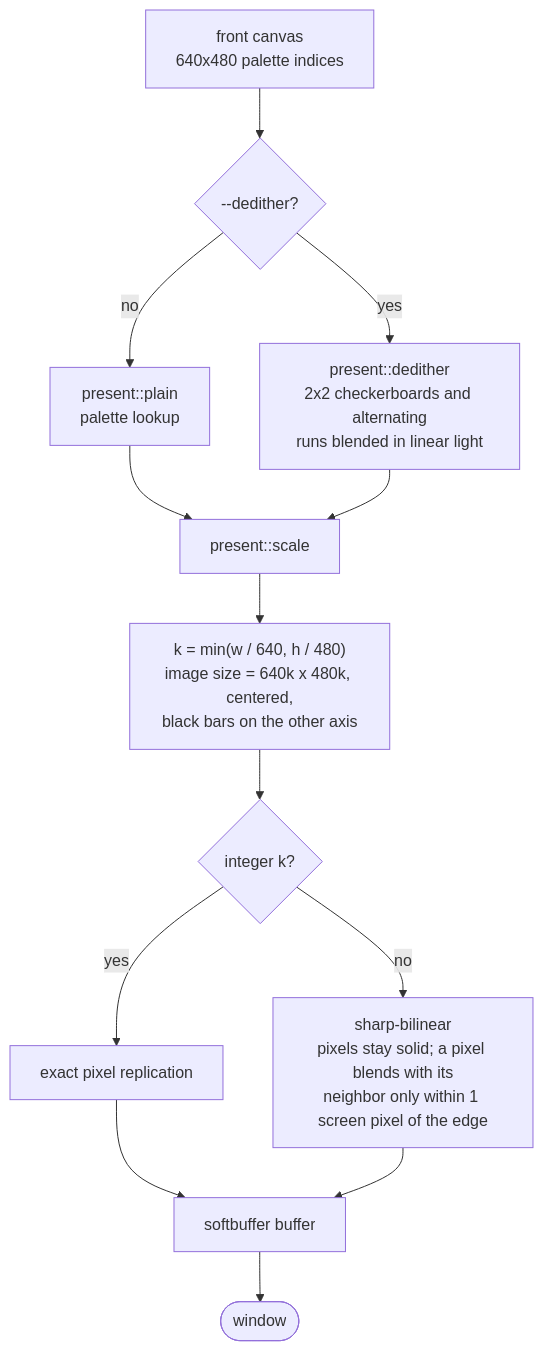
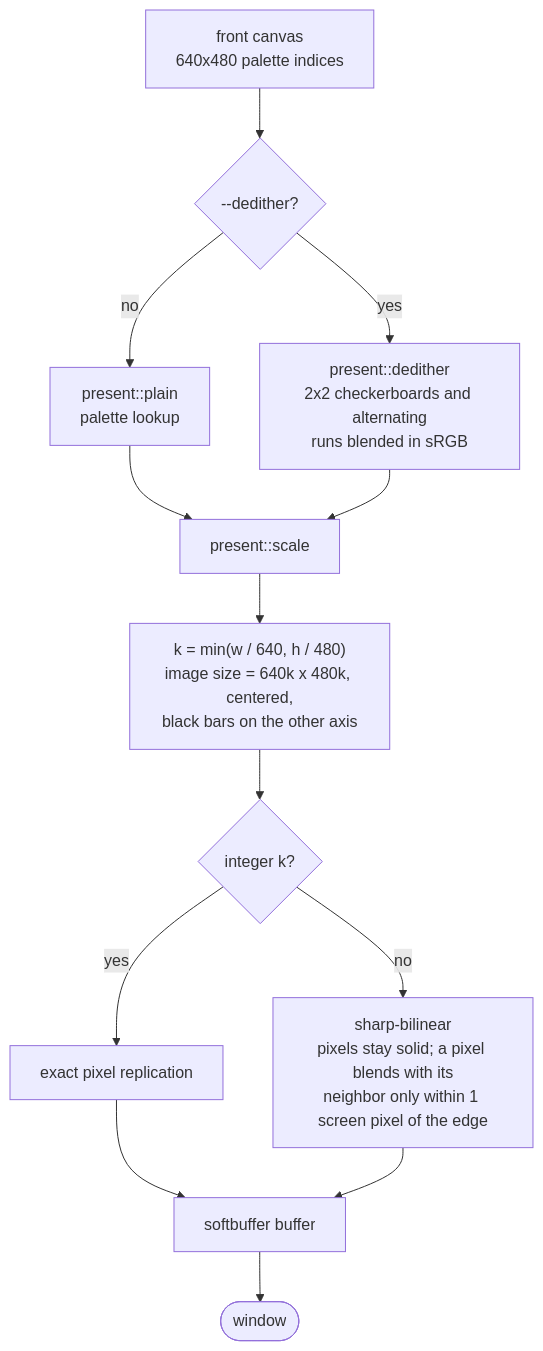
Before and after one commit to glauberlima/open-scrantic: the ninth of 13 diagrams in docs/DIAGRAMS.md, drawn with Mermaid. The commit also changed 2 other files, not shown here.

Commit message:
docs: sync architecture and engine notes with the code
Document the sRGB dedither average, all command-line options, F12
screenshots and the centered window.

Claude-Session: https://claude.ai/code/session_01AZg2Bvcm9XyuHmYFm1GNKj

````diff
--- a/docs/DIAGRAMS.md
+++ b/docs/DIAGRAMS.md
@@ -253,15 +253,15 @@
 ```mermaid
 flowchart TD
     F["front canvas<br/>640x480 palette indices"] --> Q{"--dedither?"}
     Q -->|no| PL["present::plain<br/>palette lookup"]
-    Q -->|yes| DD["present::dedither<br/>2x2 checkerboards and alternating<br/>runs blended in linear light"]
+    Q -->|yes| DD["present::dedither<br/>2x2 checkerboards and alternating<br/>runs blended in sRGB"]
     PL --> SC
     DD --> SC["present::scale"]
     SC --> K["k = min(w / 640, h / 480)<br/>image size = 640k x 480k, centered,<br/>black bars on the other axis"]
     K --> M{"integer k?"}
     M -->|yes| REP["exact pixel replication"]
     M -->|no| SB["sharp-bilinear<br/>pixels stay solid; a pixel blends with its<br/>neighbor only within 1 screen pixel of the edge"]
     REP --> BUF["softbuffer buffer"]
     SB --> BUF
     BUF --> WIN(["window"])
 ```
````
